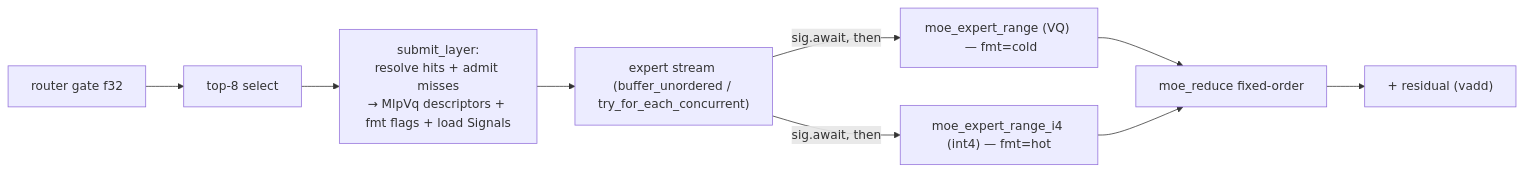
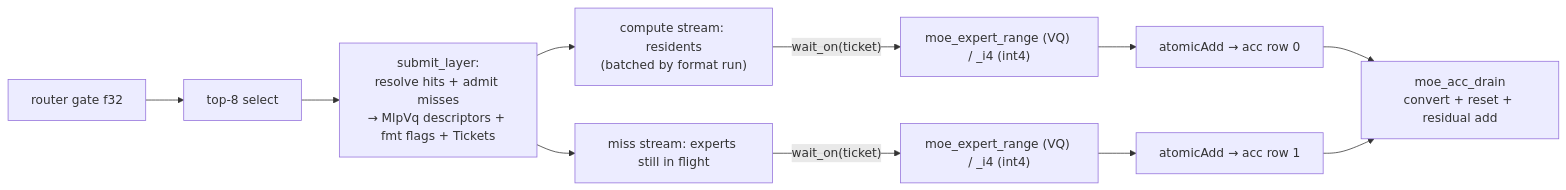
One commit to Constructive-Programming/rivoli changed the third of 3 diagrams in docs/ARCHITECTURE.md. Above: the diagram before and after it, drawn with Mermaid. The commit also changed other lines of this file, not shown here.

First line of the commit message:
docs: §1/§2/§5 still described the reduce-and-join dataflow

````diff
--- a/docs/ARCHITECTURE.md
+++ b/docs/ARCHITECTURE.md
@@ -191,11 +194,13 @@
 ```mermaid
 flowchart LR
   G[router gate f32] --> S[top-8 select]
-  S --> SL["submit_layer:\nresolve hits + admit misses\n→ MlpVq descriptors + fmt flags + load Signals"]
-  SL --> ST["expert stream (buffer_unordered / try_for_each_concurrent)"]
-  ST -->|"sig.await, then"| K1["moe_expert_range (VQ)  — fmt=cold"]
-  ST -->|"sig.await, then"| K2["moe_expert_range_i4 (int4) — fmt=hot"]
-  K1 --> RED[moe_reduce fixed-order]
-  K2 --> RED
-  RED --> V["+ residual (vadd)"]
+  S --> SL["submit_layer:\nresolve hits + admit misses\n→ MlpVq descriptors + fmt flags + Tickets"]
+  SL --> CS["compute stream: residents\n(batched by format run)"]
+  SL --> MS["miss stream: experts still in flight"]
+  CS -->|"wait_on(ticket)"| K1["moe_expert_range (VQ) / _i4 (int4)"]
+  MS -->|"wait_on(ticket)"| K2["moe_expert_range (VQ) / _i4 (int4)"]
+  K1 --> A0["atomicAdd → acc row 0"]
+  K2 --> A1["atomicAdd → acc row 1"]
+  A0 --> DR["moe_acc_drain\nconvert + reset + residual add"]
+  A1 --> DR
 ```
````
